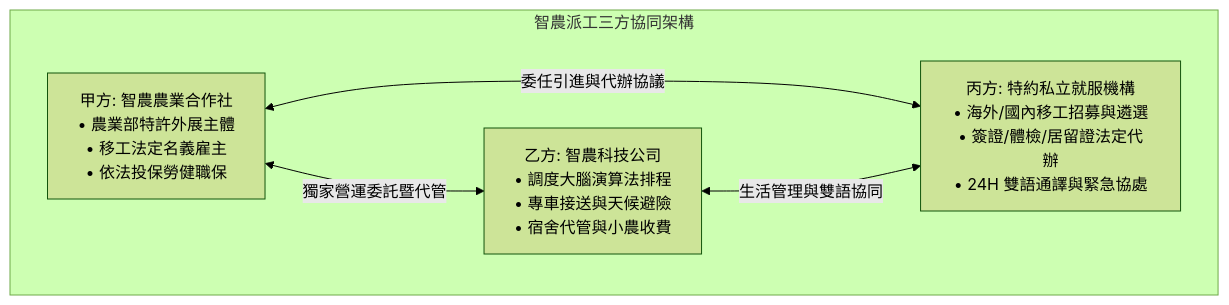
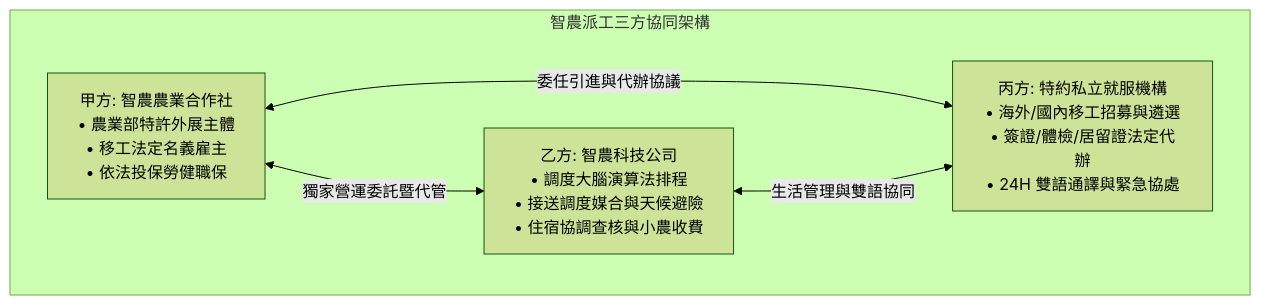
One commit to xx8888x/agridispatch changed the diagram in 文件/03_合作社與法律契約體系/06_外展農業合作社與外勞仲介機構業務合作暨引進代辦協議書.md. Above: the diagram before and after it, drawn with Mermaid (forest theme). The commit also changed other lines of this file and 15 other files, not shown here.

````diff
--- a/文件/03_合作社與法律契約體系/06_外展農業合作社與外勞仲介機構業務合作暨引進代辦協議書.md
+++ b/文件/03_合作社與法律契約體系/06_外展農業合作社與外勞仲介機構業務合作暨引進代辦協議書.md
@@ -36,12 +36,12 @@
 ```mermaid
 graph TD
     subgraph AgriDispatch_Ecosystem [智農派工三方協同架構]
         A[甲方: 智農農業合作社<br/>• 農業部特許外展主體<br/>• 移工法定名義雇主<br/>• 依法投保勞健職保] 
-        B[乙方: 智農科技公司<br/>• 調度大腦演算法排程<br/>• 專車接送與天候避險<br/>• 宿舍代管與小農收費]
+        B[乙方: 智農科技公司<br/>• 調度大腦演算法排程<br/>• 接送調度媒合與天候避險<br/>• 住宿協調查核與小農收費]
         C[丙方: 特約私立就服機構<br/>• 海外/國內移工招募與遴選<br/>• 簽證/體檢/居留證法定代辦<br/>• 24H 雙語通譯與緊急協處]
     end
 
     A <-->|獨家營運委託暨代管| B
     A <-->|委任引進與代辦協議| C
     B <-->|生活管理與雙語協同| C
 ```
````
